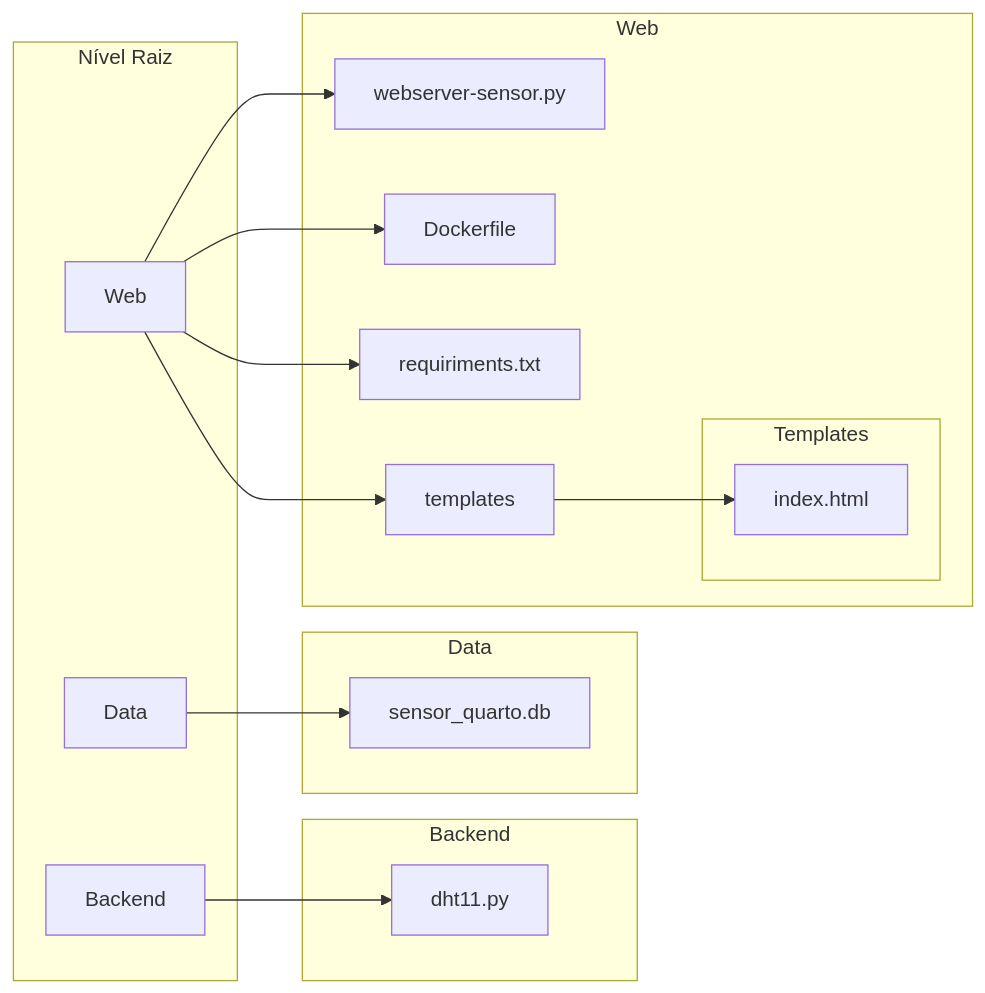
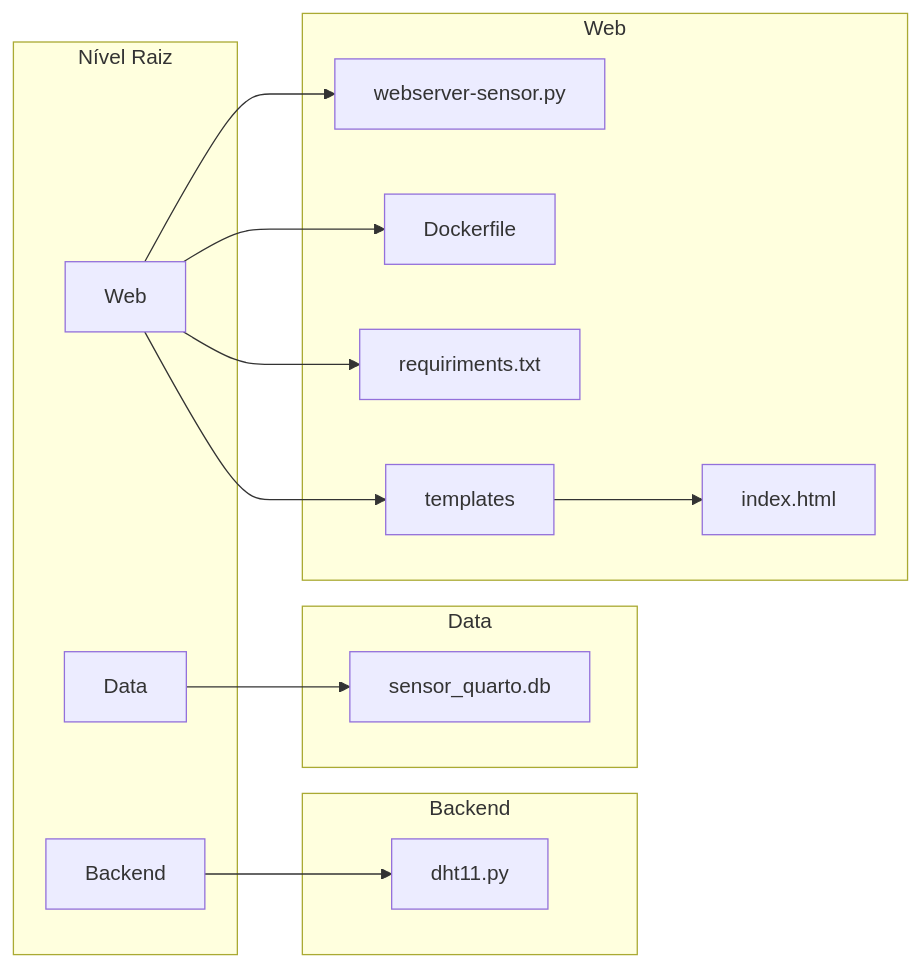
One commit to EngNunes/sensor-temp-dht11 changed the diagram in readme.md. Above: the diagram before and after it, drawn with Mermaid.

````diff
--- a/readme.md
+++ b/readme.md
@@ -4,35 +4,34 @@
 ```mermaid 
 graph LR
   subgraph Nível Raiz
     data[Data]
     web[Web]
     backend[Backend]
   end
 
   subgraph Backend
     dht11.py[dht11.py]
   end
 
   subgraph Data
     sensor_quarto.db[sensor_quarto.db]
   end
 
   subgraph Web
     webserver-sensor.py[webserver-sensor.py]
     dockerfile[Dockerfile]
     requiriments.txt[requiriments.txt]
     templates[templates]
-    subgraph Templates
-        index.html[index.html]
-    end
+    index.html[index.html]
+    
   end
 
 
   data --> sensor_quarto.db
   web --> webserver-sensor.py
   web --> dockerfile
   web --> requiriments.txt
   web --> templates
   backend --> dht11.py
   templates --> index.html
 ```
````
